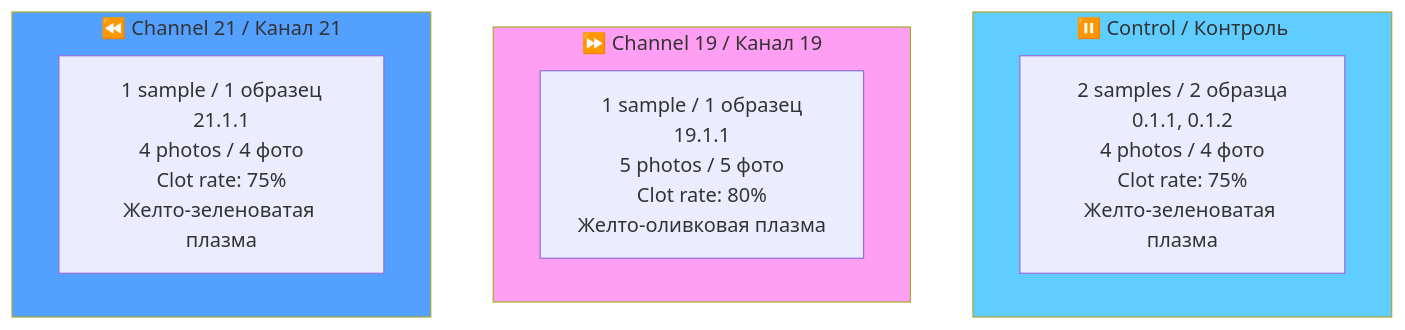
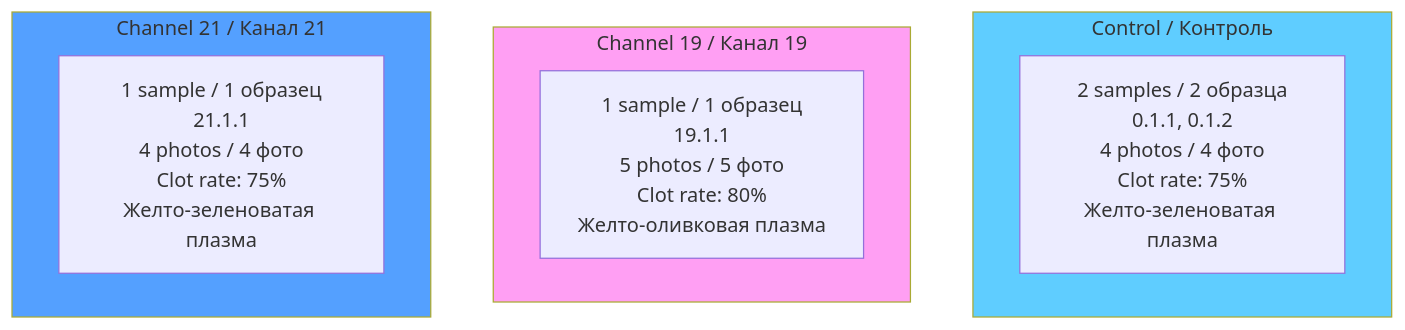
One commit to AdvancedScientificResearchProjects/Hyperbolic_Field_BloodPlasma_Study changed the third of 3 diagrams in original_research/data/patient-01/photos/README.md. Above: the diagram before and after it, drawn with Mermaid. The commit also changed other lines of this file and 46 other files, not shown here.

````diff
--- a/original_research/data/patient-01/photos/README.md
+++ b/original_research/data/patient-01/photos/README.md
@@ -81,18 +79,18 @@
 ```mermaid
 flowchart TB
-    subgraph Control["⏸️ Control / Контроль"]
+    subgraph Control[" Control / Контроль"]
         C1["2 samples / 2 образца<br/>0.1.1, 0.1.2<br/>4 photos / 4 фото<br/>Clot rate: 75%<br/>Желто-зеленоватая плазма"]
     end
     
-    subgraph Ch19["⏩ Channel 19 / Канал 19"]
+    subgraph Ch19[" Channel 19 / Канал 19"]
         A1["1 sample / 1 образец<br/>19.1.1<br/>5 photos / 5 фото<br/>Clot rate: 80%<br/>Желто-оливковая плазма"]
     end
     
-    subgraph Ch21["⏪ Channel 21 / Канал 21"]
+    subgraph Ch21[" Channel 21 / Канал 21"]
         D1["1 sample / 1 образец<br/>21.1.1<br/>4 photos / 4 фото<br/>Clot rate: 75%<br/>Желто-зеленоватая плазма"]
     end
     
     style Control fill:#5fcdff
     style Ch19 fill:#ff9ff3
     style Ch21 fill:#54a0ff
 ```
````
